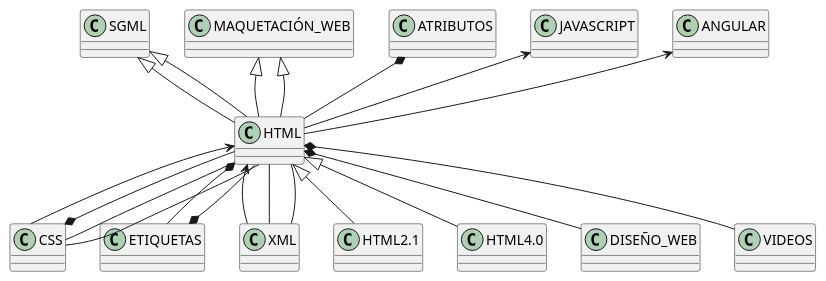
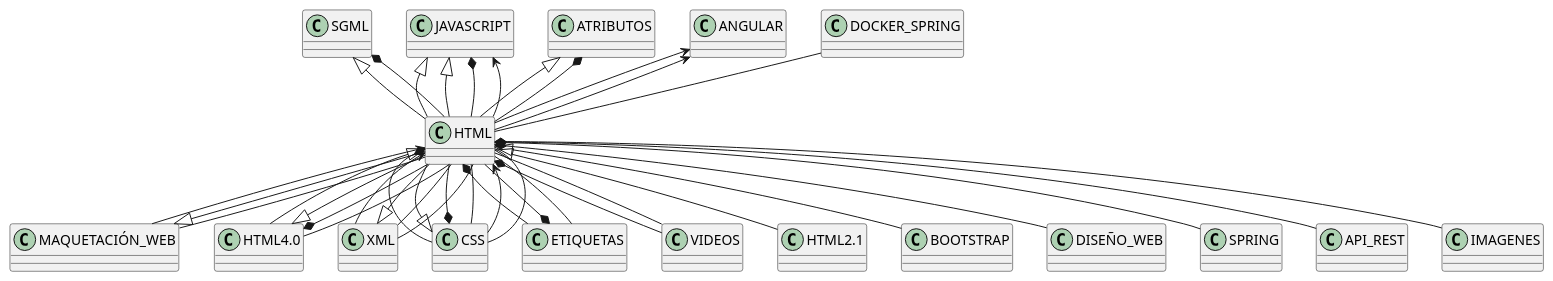
Before and after one commit to CodeURJC-DAW-2018-19/santatecla-relaciones-2: the diagram in relman/images/contextHTML.plantuml, drawn with PlantUML. The commit also changed 38 other files, not shown here.

```diff
--- a/relman/images/contextHTML.plantuml
+++ b/relman/images/contextHTML.plantuml
@@ -1,23 +1,42 @@
 @startuml 
  set namespaceSeparator none
 SGML <|-- HTML
 MAQUETACIÓN_WEB <|-- HTML
-MAQUETACIÓN_WEB <|-- HTML
-SGML <|-- HTML
+HTML4.0 <|-- HTML
+XML <|-- HTML
+JAVASCRIPT <|-- HTML
+ATRIBUTOS <|-- HTML
+JAVASCRIPT <|-- HTML
+CSS <|-- HTML
 CSS *-- HTML
 ETIQUETAS *-- HTML
 ATRIBUTOS *-- HTML
+HTML4.0 *-- HTML
+JAVASCRIPT *-- HTML
+SGML *-- HTML
 JAVASCRIPT <-- HTML
+ANGULAR <-- HTML
 ANGULAR <-- HTML
 CSS -- HTML
 XML -- HTML
+DOCKER_SPRING -- HTML
+VIDEOS -- HTML
+HTML4.0 -- HTML
 HTML <|-- HTML2.1
 HTML <|-- HTML4.0
+HTML <|-- BOOTSTRAP
 HTML *-- DISEÑO_WEB
 HTML *-- ETIQUETAS
 HTML *-- VIDEOS
+HTML *-- SPRING
+HTML *-- CSS
+HTML *-- API_REST
 HTML <-- CSS
 HTML <-- XML
+HTML <-- MAQUETACIÓN_WEB
 HTML -- CSS
 HTML -- XML
+HTML -- MAQUETACIÓN_WEB
+HTML -- ETIQUETAS
+HTML -- IMAGENES
 @enduml
```
